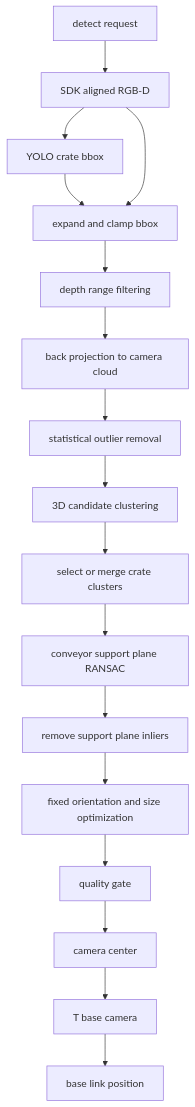
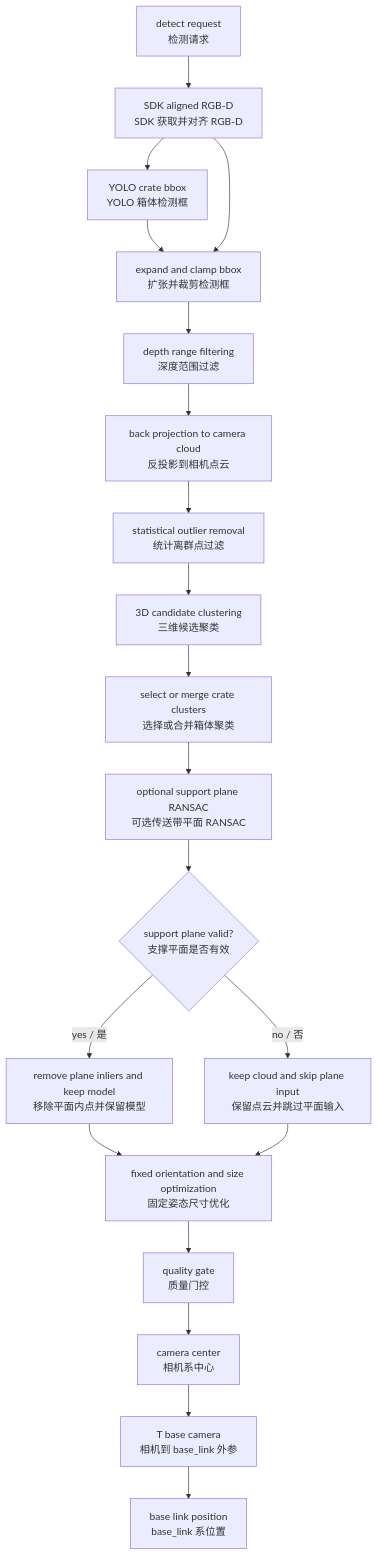
Before and after one commit to liujun0808/detect_box_ws: the first of 4 diagrams in pointcloud_filter_and_position_optimization.md, drawn with Mermaid. The commit also changed other lines of this file and 15 other files, not shown here.

```diff
--- a/pointcloud_filter_and_position_optimization.md
+++ b/pointcloud_filter_and_position_optimization.md
@@ -90,19 +104,22 @@
 ~~~mermaid
 flowchart TD
-    A[detect request] --> B[SDK aligned RGB-D]
-    B --> C[YOLO crate bbox]
-    C --> D[expand and clamp bbox]
+    A[detect request<br/>检测请求] --> B[SDK aligned RGB-D<br/>SDK 获取并对齐 RGB-D]
+    B --> C[YOLO crate bbox<br/>YOLO 箱体检测框]
+    C --> D[expand and clamp bbox<br/>扩张并裁剪检测框]
     B --> D
-    D --> E[depth range filtering]
-    E --> F[back projection to camera cloud]
-    F --> G[statistical outlier removal]
-    G --> H[3D candidate clustering]
-    H --> I[select or merge crate clusters]
-    I --> J[conveyor support plane RANSAC]
-    J --> K[remove support plane inliers]
-    K --> L[fixed orientation and size optimization]
-    L --> M[quality gate]
-    M --> N[camera center]
-    N --> O[T base camera]
-    O --> P[base link position]
+    D --> E[depth range filtering<br/>深度范围过滤]
+    E --> F[back projection to camera cloud<br/>反投影到相机点云]
+    F --> G[statistical outlier removal<br/>统计离群点过滤]
+    G --> H[3D candidate clustering<br/>三维候选聚类]
+    H --> I[select or merge crate clusters<br/>选择或合并箱体聚类]
+    I --> J[optional support plane RANSAC<br/>可选传送带平面 RANSAC]
+    J --> K{support plane valid?<br/>支撑平面是否有效}
+    K -- yes / 是 --> L[remove plane inliers and keep model<br/>移除平面内点并保留模型]
+    K -- no / 否 --> M[keep cloud and skip plane input<br/>保留点云并跳过平面输入]
+    L --> N[fixed orientation and size optimization<br/>固定姿态尺寸优化]
+    M --> N
+    N --> O[quality gate<br/>质量门控]
+    O --> P[camera center<br/>相机系中心]
+    P --> Q[T base camera<br/>相机到 base_link 外参]
+    Q --> R[base link position<br/>base_link 系位置]
 ~~~
```
